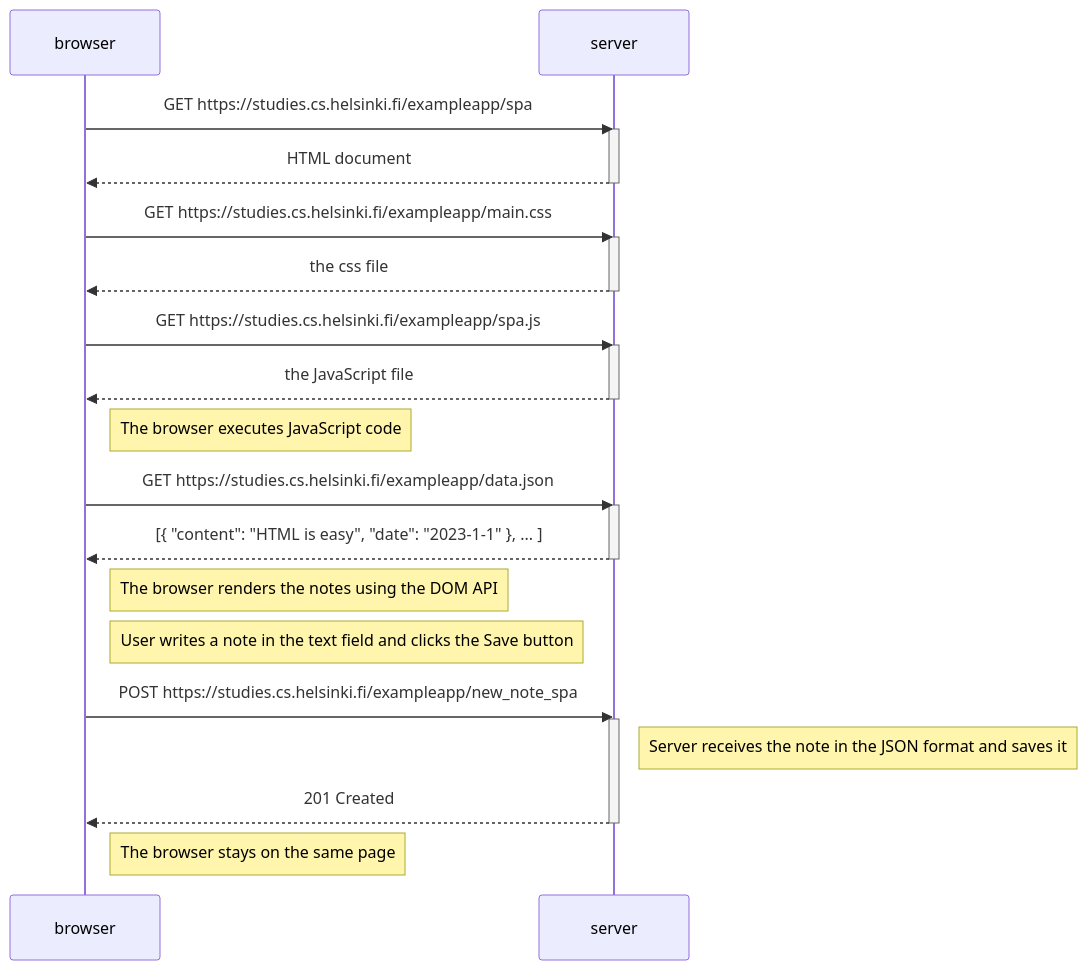
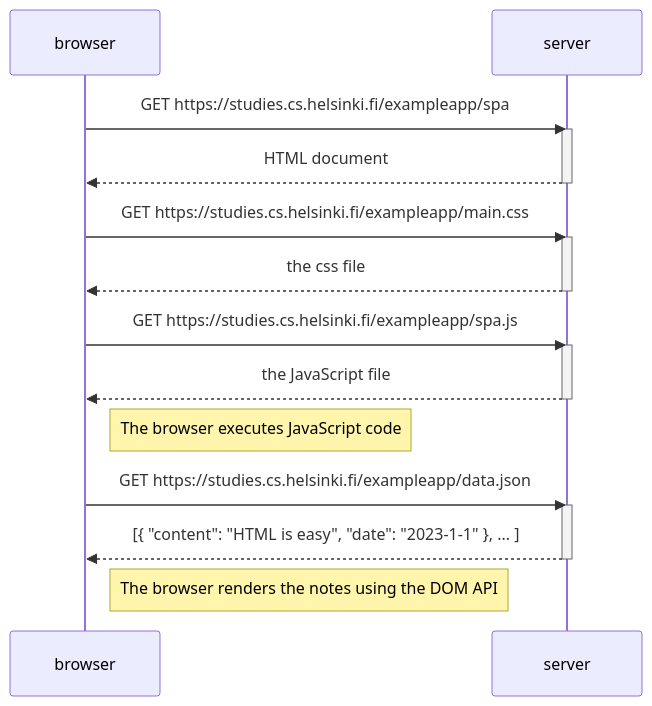
The diagram in part0/0.5_Single_page_app_diagram.md (kastashenkova/fullstack-web-development), drawn with Mermaid before and after one commit.

Commit message:
Fix formatting of sequence diagram in markdown
Updated the mermaid sequence diagram formatting in the markdown file.

````diff
--- a/part0/0.5_Single_page_app_diagram.md
+++ b/part0/0.5_Single_page_app_diagram.md
@@ -1,38 +1,29 @@
 ```mermaid
 sequenceDiagram
     participant browser
     participant server
 
     browser->>server: GET https://studies.cs.helsinki.fi/exampleapp/spa
     activate server
     server-->>browser: HTML document
     deactivate server
 
     browser->>server: GET https://studies.cs.helsinki.fi/exampleapp/main.css
     activate server
     server-->>browser: the css file
     deactivate server
 
     browser->>server: GET https://studies.cs.helsinki.fi/exampleapp/spa.js
     activate server
     server-->>browser: the JavaScript file
     deactivate server
 
     Note right of browser: The browser executes JavaScript code
 
     browser->>server: GET https://studies.cs.helsinki.fi/exampleapp/data.json
     activate server
     server-->>browser: [{ "content": "HTML is easy", "date": "2023-1-1" }, ... ]
     deactivate server
 
     Note right of browser: The browser renders the notes using the DOM API
-
-    Note right of browser: User writes a note in the text field and clicks the Save button
-    
-    browser->>server: POST https://studies.cs.helsinki.fi/exampleapp/new_note_spa
-    activate server
-    Note right of server: Server receives the note in the JSON format and saves it
-    server-->>browser: 201 Created
-    deactivate server
-    Note right of browser: The browser stays on the same page
 ```
````
